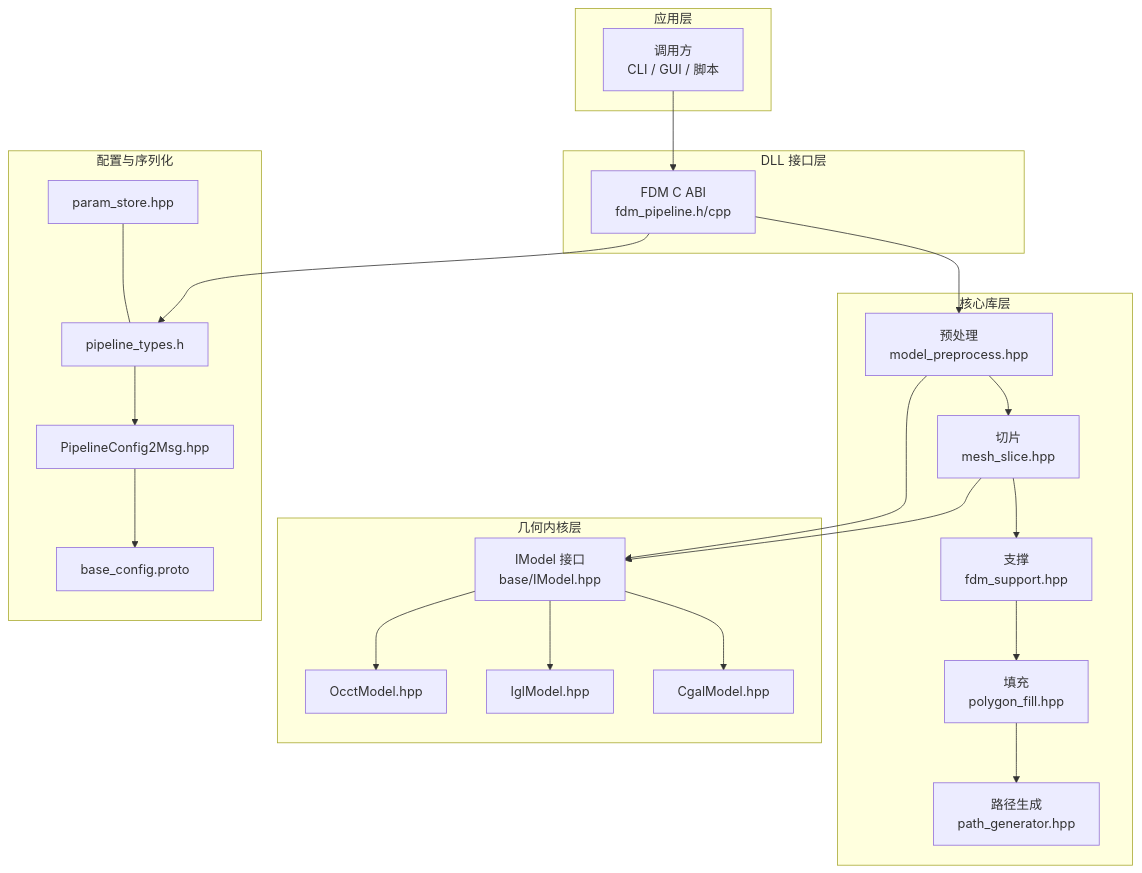
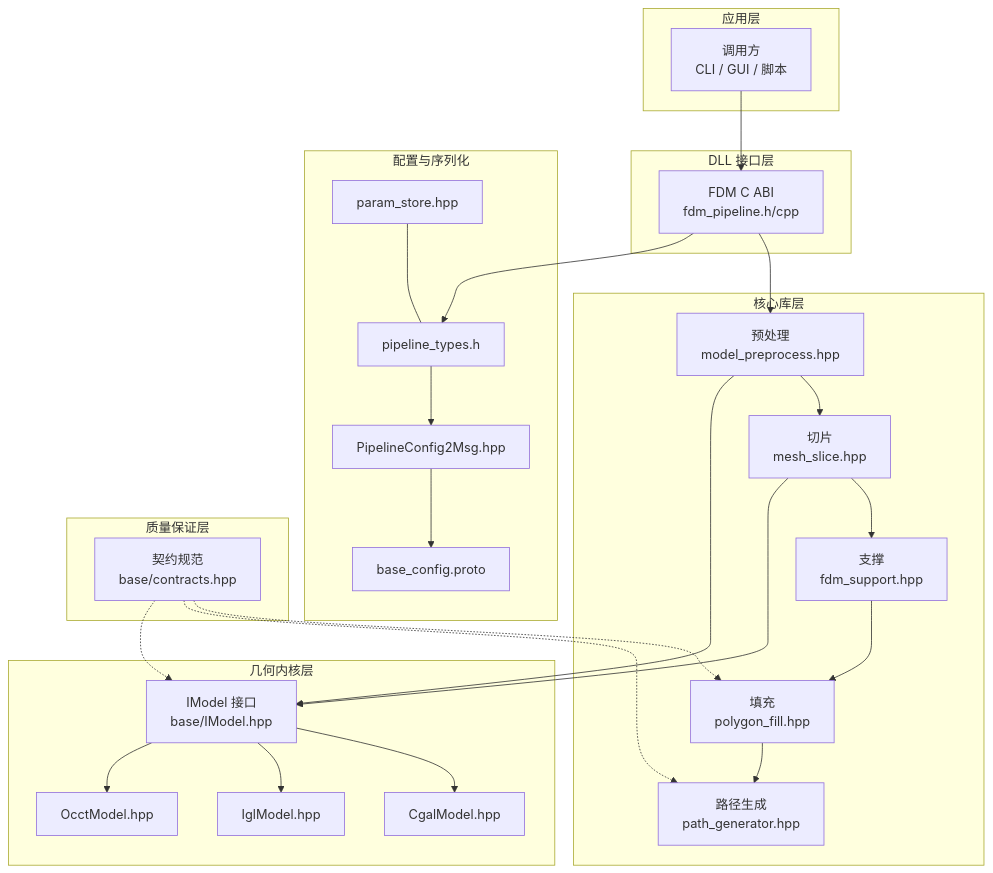
One commit to hsmbanlance/HsBaSlicer changed the first of 8 diagrams in .qoder/repowiki/zh/content/核心概念/核心概念.md. Above: the diagram before and after it, drawn with Mermaid. The commit also changed other lines of this file and 202 other files, not shown here.

````diff
--- a/.qoder/repowiki/zh/content/核心概念/核心概念.md
+++ b/.qoder/repowiki/zh/content/核心概念/核心概念.md
@@ -48,38 +62,44 @@
 ```mermaid
 graph TB
 subgraph "应用层"
 App["调用方<br/>CLI / GUI / 脚本"]
 end
 subgraph "DLL 接口层"
 FDM_API["FDM C ABI<br/>fdm_pipeline.h/cpp"]
 end
 subgraph "核心库层"
 Pre["预处理<br/>model_preprocess.hpp"]
 Slice["切片<br/>mesh_slice.hpp"]
 Supp["支撑<br/>fdm_support.hpp"]
 Fill["填充<br/>polygon_fill.hpp"]
 Path["路径生成<br/>path_generator.hpp"]
 end
 subgraph "几何内核层"
 IModel["IModel 接口<br/>base/IModel.hpp"]
 CGAL["CgalModel.hpp"]
 IGL["IglModel.hpp"]
 OCC["OcctModel.hpp"]
 end
 subgraph "配置与序列化"
 Types["pipeline_types.h"]
 Proto["base_config.proto"]
 Convert["PipelineConfig2Msg.hpp"]
 Store["param_store.hpp"]
 end
+subgraph "质量保证层"
+Contracts["契约规范<br/>base/contracts.hpp"]
+end
 App --> FDM_API
 FDM_API --> Pre --> Slice --> Supp --> Fill --> Path
 Pre --> IModel
 Slice --> IModel
 IModel --> CGAL
 IModel --> IGL
 IModel --> OCC
 FDM_API --> Types
 Types --> Convert --> Proto
 Store --- Types
+Contracts -.-> Fill
+Contracts -.-> Path
+Contracts -.-> IModel
 ```
````
